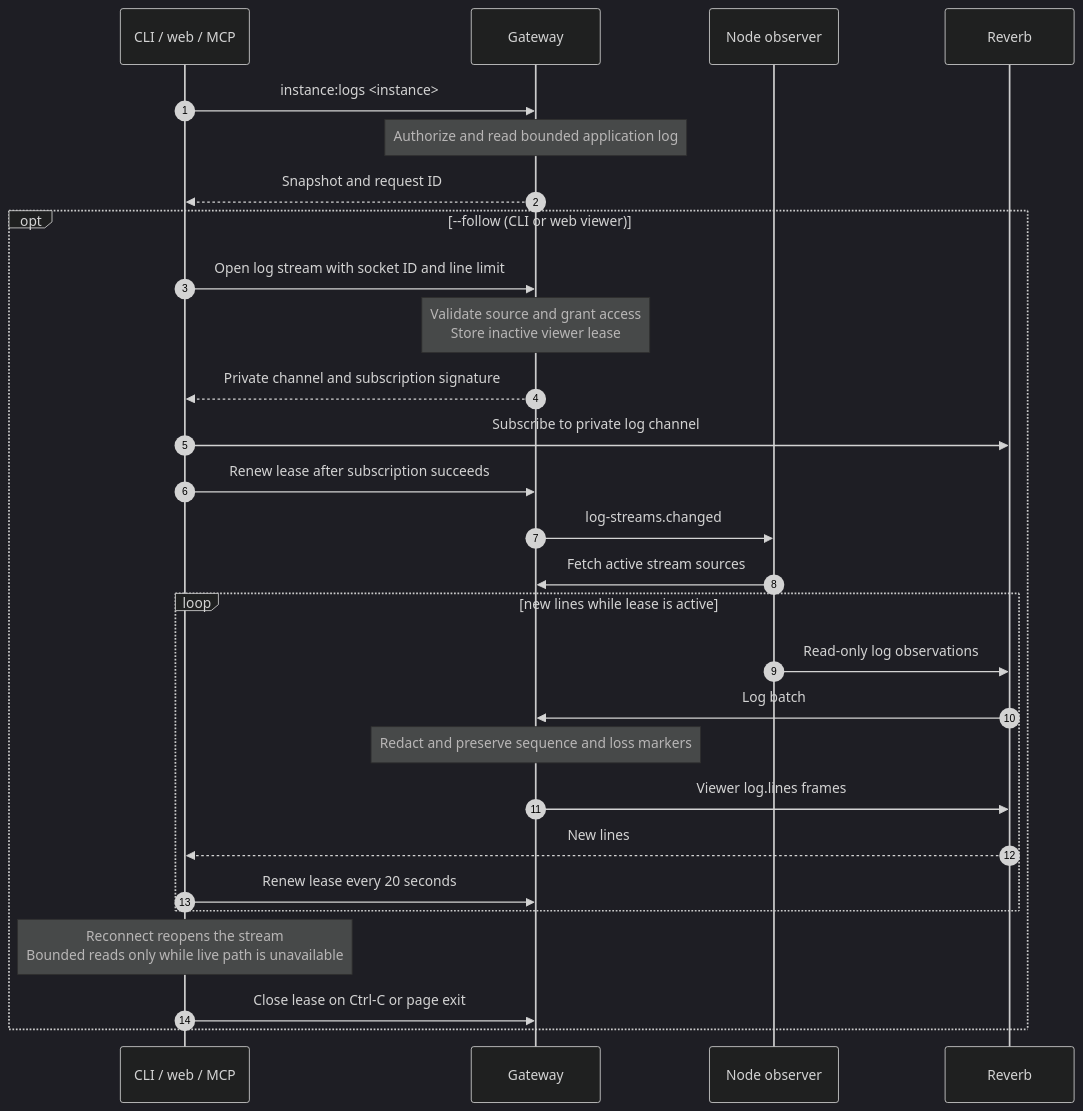
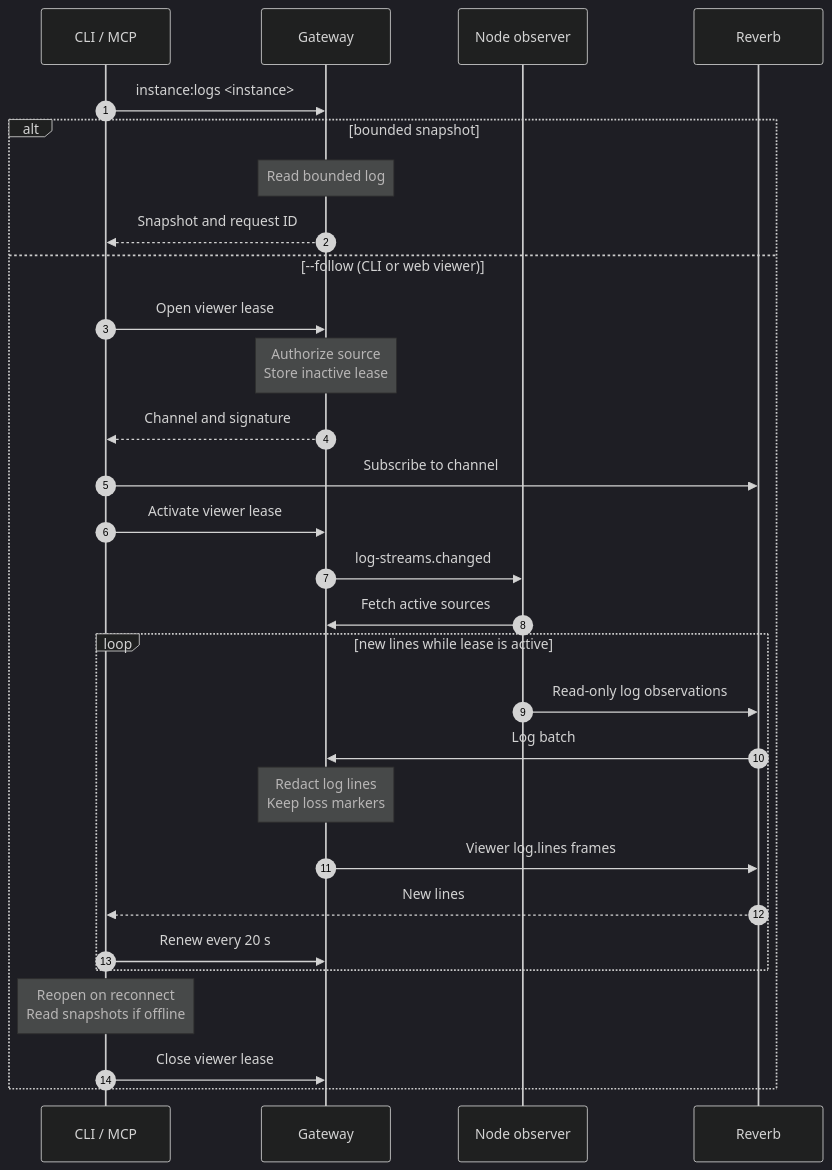
One commit to hardimpactdev/orbit changed the diagram in docs/cli/instance/logs.mmd. Above: the diagram before and after it, drawn with Mermaid (dark theme). The commit also changed 47 other files, not shown here.

Commit message:
refactor(cli): standardize logs and add Schedule follow

```diff
--- a/docs/cli/instance/logs.mmd
+++ b/docs/cli/instance/logs.mmd
@@ -1,31 +1,32 @@
 sequenceDiagram
   %% status: draft
   %% command: instance:logs
   %% kind: instance.logs
   autonumber
-  participant CLI as CLI / web / MCP
+  participant CLI as CLI / MCP
   participant GW as Gateway
   participant A as Node observer
   participant R as Reverb
   CLI->>GW: instance:logs <instance>
-  Note over GW: Authorize and read bounded application log
-  GW-->>CLI: Snapshot and request ID
-  opt --follow (CLI or web viewer)
-    CLI->>GW: Open log stream with socket ID and line limit
-    Note over GW: Validate source and grant access<br/>Store inactive viewer lease
-    GW-->>CLI: Private channel and subscription signature
-    CLI->>R: Subscribe to private log channel
-    CLI->>GW: Renew lease after subscription succeeds
+  alt bounded snapshot
+    Note over GW: Read bounded log
+    GW-->>CLI: Snapshot and request ID
+  else --follow (CLI or web viewer)
+    CLI->>GW: Open viewer lease
+    Note over GW: Authorize source<br/>Store inactive lease
+    GW-->>CLI: Channel and signature
+    CLI->>R: Subscribe to channel
+    CLI->>GW: Activate viewer lease
     GW->>A: log-streams.changed
-    A->>GW: Fetch active stream sources
+    A->>GW: Fetch active sources
     loop new lines while lease is active
       A->>R: Read-only log observations
       R->>GW: Log batch
-      Note over GW: Redact and preserve sequence and loss markers
+      Note over GW: Redact log lines<br/>Keep loss markers
       GW->>R: Viewer log.lines frames
       R-->>CLI: New lines
-      CLI->>GW: Renew lease every 20 seconds
+      CLI->>GW: Renew every 20 s
     end
-    Note over CLI: Reconnect reopens the stream<br/>Bounded reads only while live path is unavailable
-    CLI->>GW: Close lease on Ctrl-C or page exit
+    Note over CLI: Reopen on reconnect<br/>Read snapshots if offline
+    CLI->>GW: Close viewer lease
   end
```
